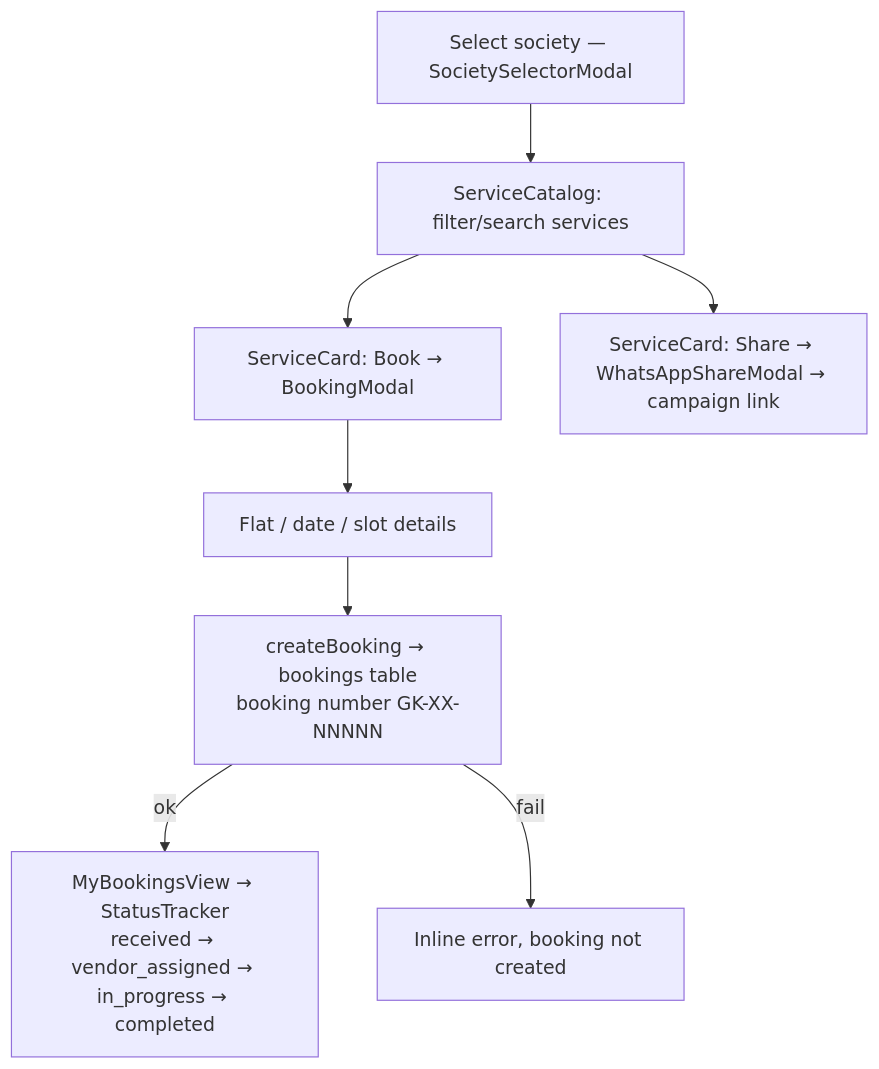
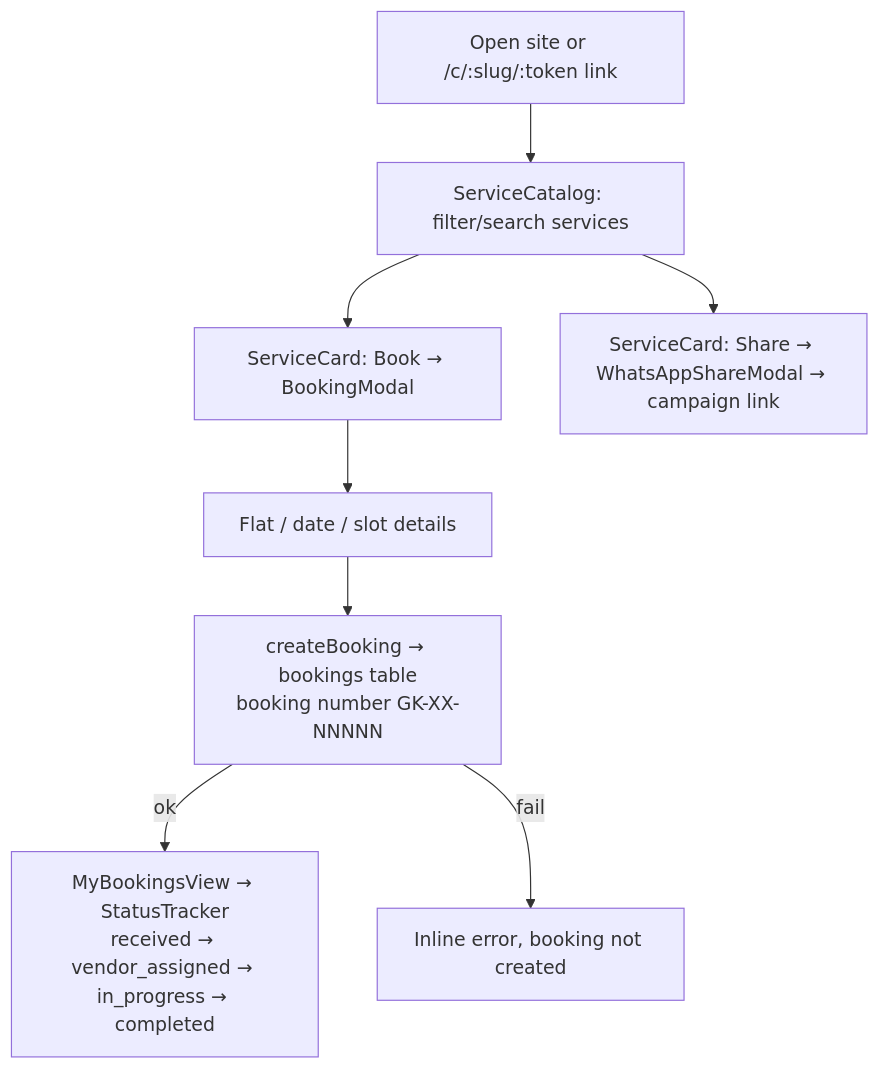
The fourth of 5 diagrams in WORKFLOW.md (gangonekarunya09-maker/GK_APARTMENT_CARE), drawn with Mermaid before and after one commit. The commit also changed other lines of this file and 20 other files, not shown here.

````diff
--- a/WORKFLOW.md
+++ b/WORKFLOW.md
@@ -158,10 +158,10 @@
 ```mermaid
 flowchart TD
-    A[Select society — SocietySelectorModal] --> B[ServiceCatalog: filter/search services]
+    A[Open site or /c/:slug/:token link] --> B[ServiceCatalog: filter/search services]
     B --> C[ServiceCard: Book → BookingModal]
     C --> D[Flat / date / slot details]
     D --> E[createBooking → bookings table<br/>booking number GK-XX-NNNNN]
     E -- ok --> F[MyBookingsView → StatusTracker<br/>received → vendor_assigned → in_progress → completed]
     E -- fail --> G[Inline error, booking not created]
     B --> H[ServiceCard: Share → WhatsAppShareModal → campaign link]
 ```
````
